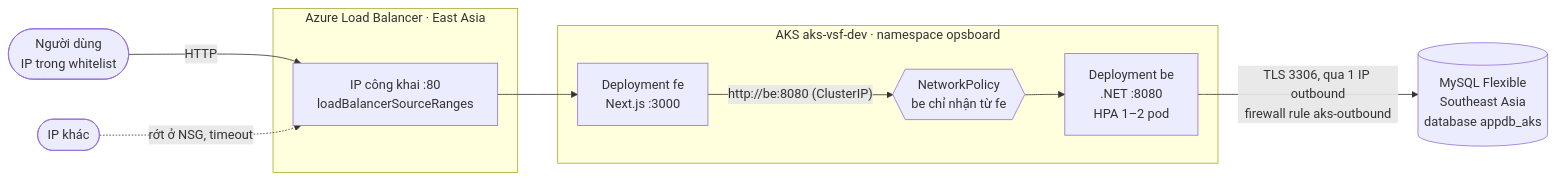
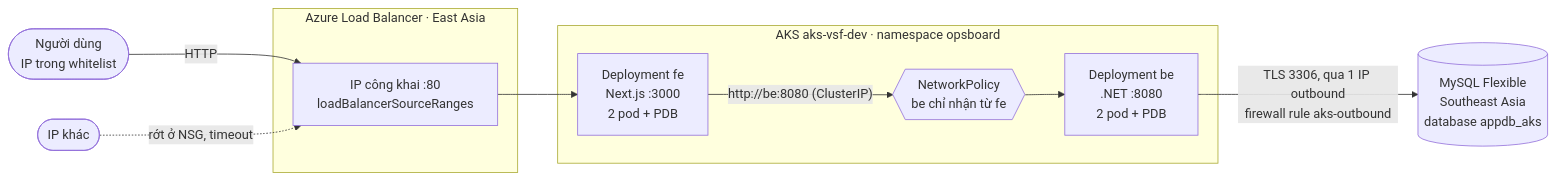
Before and after one commit to lam3082004/devops_vsf: the first of 2 diagrams in docs/aks.md, drawn with Mermaid. The commit also changed other lines of this file and 30 other files, not shown here.

````diff
--- a/docs/aks.md
+++ b/docs/aks.md
@@ -14,19 +14,19 @@
 ```mermaid
 flowchart LR
     user([Người dùng<br/>IP trong whitelist])
     other([IP khác])
     subgraph azlb [Azure Load Balancer · East Asia]
         lb[IP công khai :80<br/>loadBalancerSourceRanges]
     end
     subgraph aks [AKS aks-vsf-dev · namespace opsboard]
-        fe[Deployment fe<br/>Next.js :3000]
-        be[Deployment be<br/>.NET :8080<br/>HPA 1–2 pod]
+        fe[Deployment fe<br/>Next.js :3000<br/>2 pod + PDB]
+        be[Deployment be<br/>.NET :8080<br/>2 pod + PDB]
         np{{NetworkPolicy<br/>be chỉ nhận từ fe}}
     end
     mysql[(MySQL Flexible<br/>Southeast Asia<br/>database appdb_aks)]
 
     user -- HTTP --> lb --> fe
     other -. rớt ở NSG, timeout .-> lb
     fe -- "http://be:8080 (ClusterIP)" --> np --> be
     be -- "TLS 3306, qua 1 IP outbound<br/>firewall rule aks-outbound" --> mysql
 ```
````
